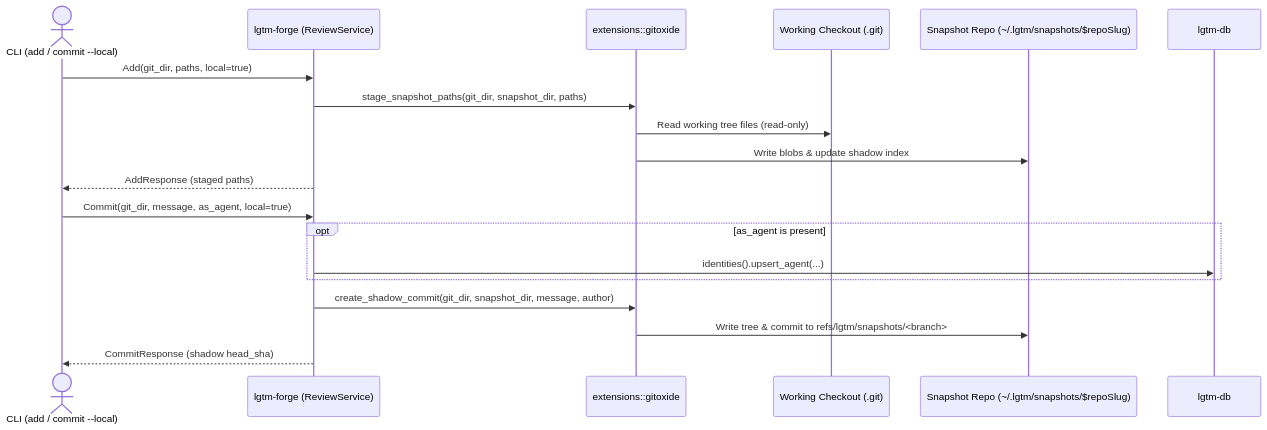
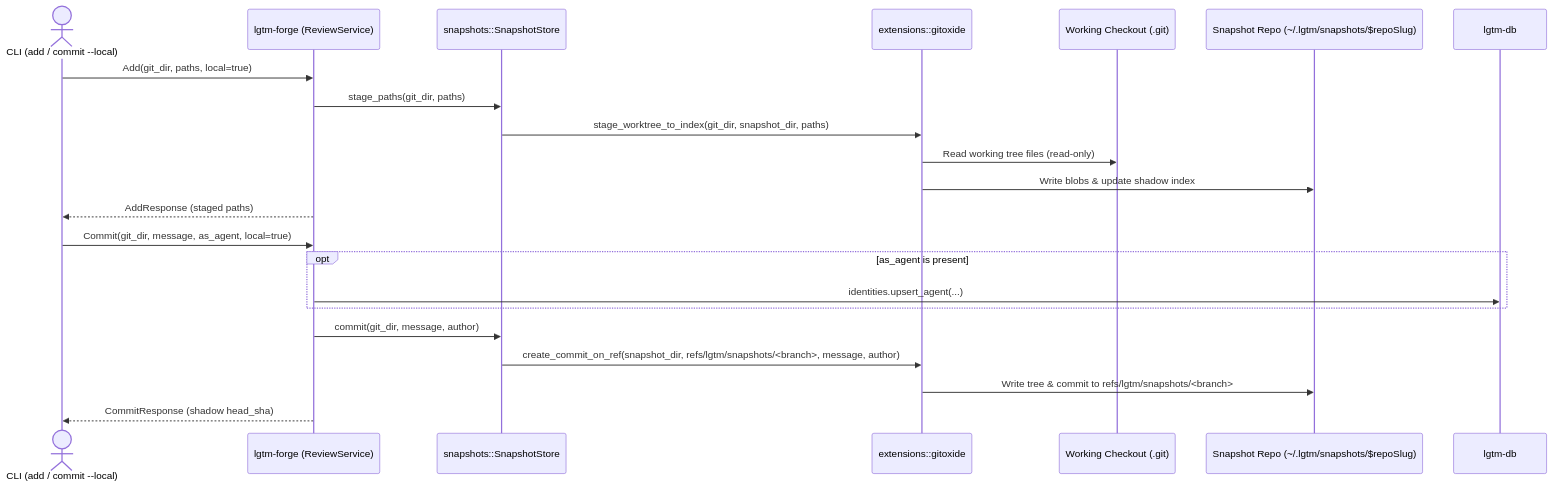
Before and after one commit to difflab-io/lgtm: the second of 11 diagrams in docs/architecture/forge/index.md, drawn with Mermaid. The commit also changed other lines of this file and 20 other files, not shown here.

Commit message:
chore: rename backend doc and e2e dirs to forge and add git util TODOs

````diff
--- a/docs/architecture/forge/index.md
+++ b/docs/architecture/forge/index.md
@@ -256,23 +261,26 @@
 ```mermaid
 sequenceDiagram
     actor Caller as CLI (add / commit --local)
-    participant Forge as lgtm-forge (ReviewService)
+    participant Service as lgtm-forge (ReviewService)
+    participant SnapStore as snapshots::SnapshotStore
     participant Gix as extensions::gitoxide
     participant Checkout as Working Checkout (.git)
     participant Snapshot as Snapshot Repo (~/.lgtm/snapshots/$repoSlug)
     participant DB as lgtm-db
 
-    Caller->>Forge: Add(git_dir, paths, local=true)
-    Forge->>Gix: stage_snapshot_paths(git_dir, snapshot_dir, paths)
+    Caller->>Service: Add(git_dir, paths, local=true)
+    Service->>SnapStore: stage_paths(git_dir, paths)
+    SnapStore->>Gix: stage_worktree_to_index(git_dir, snapshot_dir, paths)
     Gix->>Checkout: Read working tree files (read-only)
     Gix->>Snapshot: Write blobs & update shadow index
-    Forge-->>Caller: AddResponse (staged paths)
+    Service-->>Caller: AddResponse (staged paths)
 
-    Caller->>Forge: Commit(git_dir, message, as_agent, local=true)
+    Caller->>Service: Commit(git_dir, message, as_agent, local=true)
     opt as_agent is present
-        Forge->>DB: identities().upsert_agent(...)
+        Service->>DB: identities.upsert_agent(...)
     end
-    Forge->>Gix: create_shadow_commit(git_dir, snapshot_dir, message, author)
+    Service->>SnapStore: commit(git_dir, message, author)
+    SnapStore->>Gix: create_commit_on_ref(snapshot_dir, refs/lgtm/snapshots/<branch>, message, author)
     Gix->>Snapshot: Write tree & commit to refs/lgtm/snapshots/<branch>
-    Forge-->>Caller: CommitResponse (shadow head_sha)
+    Service-->>Caller: CommitResponse (shadow head_sha)
 ```
````
